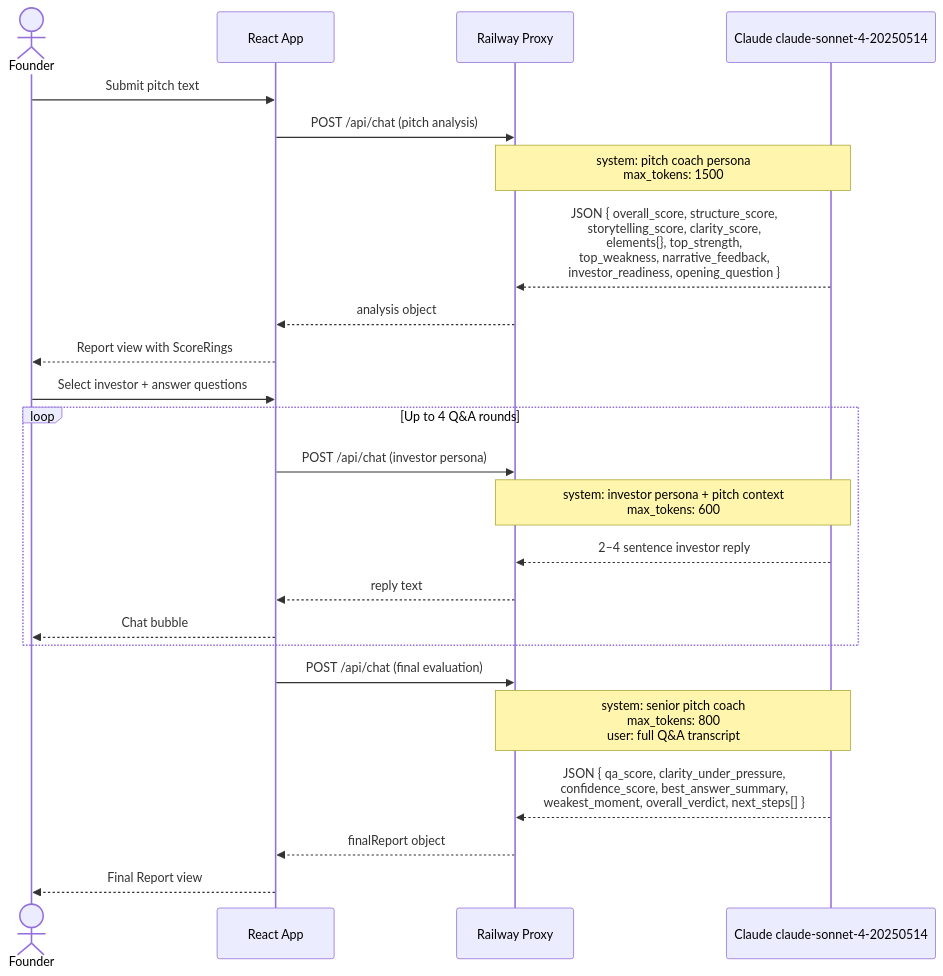
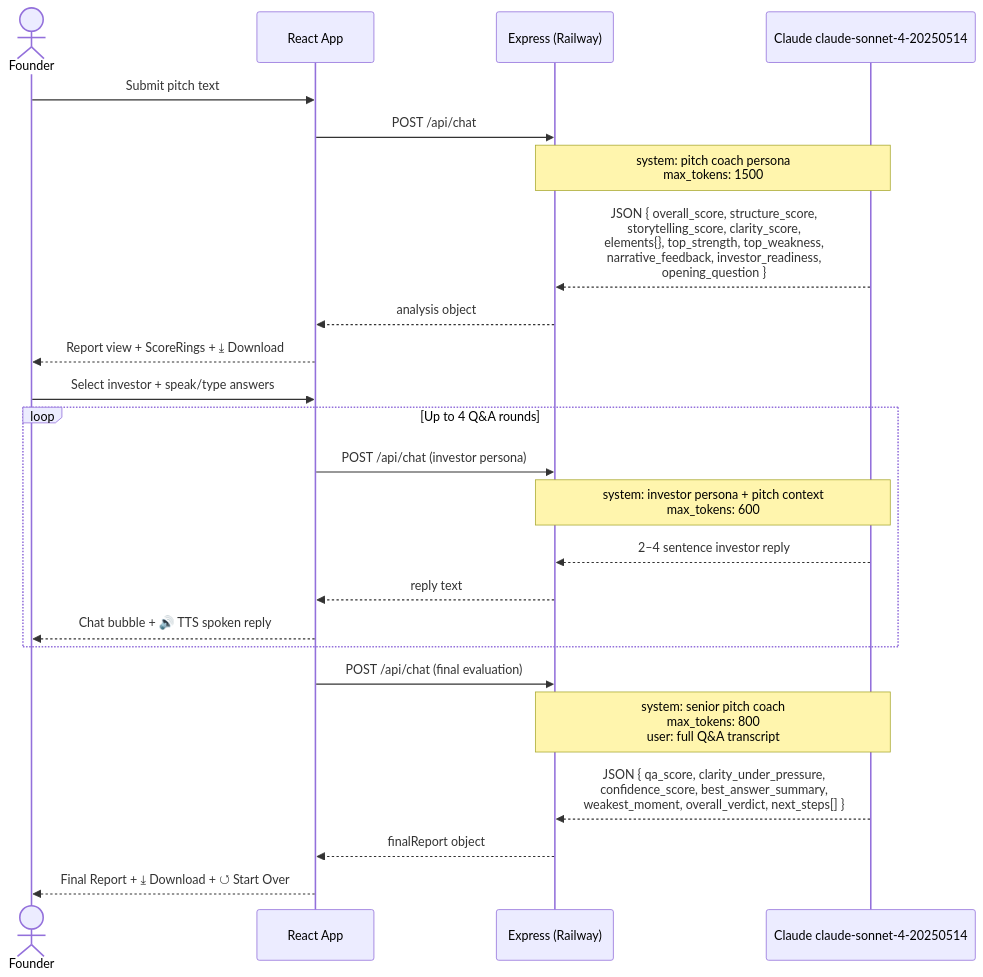
One commit to srivi19/pitchmirror changed the sixth of 10 diagrams in architecture.md. Above: the diagram before and after it, drawn with Mermaid. The commit also changed other lines of this file and 1 other file, not shown here.

Commit message:
Update README and architecture.md: Express proxy, voice I/O, back/download buttons, deployment guide

````diff
--- a/architecture.md
+++ b/architecture.md
@@ -157,32 +195,32 @@
 ```mermaid
 sequenceDiagram
     actor Founder
     participant App as React App
-    participant Proxy as Railway Proxy
+    participant Server as Express (Railway)
     participant Claude as Claude claude-sonnet-4-20250514
 
     %% Call 1: Pitch Analysis
     Founder->>App: Submit pitch text
-    App->>Proxy: POST /api/chat (pitch analysis)
-    Note over Proxy,Claude: system: pitch coach persona<br/>max_tokens: 1500
-    Claude-->>Proxy: JSON { overall_score, structure_score,<br/>storytelling_score, clarity_score,<br/>elements{}, top_strength,<br/>top_weakness, narrative_feedback,<br/>investor_readiness, opening_question }
-    Proxy-->>App: analysis object
-    App-->>Founder: Report view with ScoreRings
+    App->>Server: POST /api/chat
+    Note over Server,Claude: system: pitch coach persona<br/>max_tokens: 1500
+    Claude-->>Server: JSON { overall_score, structure_score,<br/>storytelling_score, clarity_score,<br/>elements{}, top_strength, top_weakness,<br/>narrative_feedback, investor_readiness,<br/>opening_question }
+    Server-->>App: analysis object
+    App-->>Founder: Report view + ScoreRings + ⤓ Download
 
-    %% Call 2: Simulation (repeated)
-    Founder->>App: Select investor + answer questions
+    %% Call 2: Simulation
+    Founder->>App: Select investor + speak/type answers
     loop Up to 4 Q&A rounds
-        App->>Proxy: POST /api/chat (investor persona)
-        Note over Proxy,Claude: system: investor persona + pitch context<br/>max_tokens: 600
-        Claude-->>Proxy: 2–4 sentence investor reply
-        Proxy-->>App: reply text
-        App-->>Founder: Chat bubble
+        App->>Server: POST /api/chat (investor persona)
+        Note over Server,Claude: system: investor persona + pitch context<br/>max_tokens: 600
+        Claude-->>Server: 2–4 sentence investor reply
+        Server-->>App: reply text
+        App-->>Founder: Chat bubble + 🔊 TTS spoken reply
     end
 
-    %% Call 3: Final Report
-    App->>Proxy: POST /api/chat (final evaluation)
-    Note over Proxy,Claude: system: senior pitch coach<br/>max_tokens: 800<br/>user: full Q&A transcript
-    Claude-->>Proxy: JSON { qa_score, clarity_under_pressure,<br/>confidence_score, best_answer_summary,<br/>weakest_moment, overall_verdict, next_steps[] }
-    Proxy-->>App: finalReport object
-    App-->>Founder: Final Report view
+    %% Call 3: Final Report (async)
+    App->>Server: POST /api/chat (final evaluation)
+    Note over Server,Claude: system: senior pitch coach<br/>max_tokens: 800<br/>user: full Q&A transcript
+    Claude-->>Server: JSON { qa_score, clarity_under_pressure,<br/>confidence_score, best_answer_summary,<br/>weakest_moment, overall_verdict, next_steps[] }
+    Server-->>App: finalReport object
+    App-->>Founder: Final Report + ⤓ Download + ↺ Start Over
 ```
````
